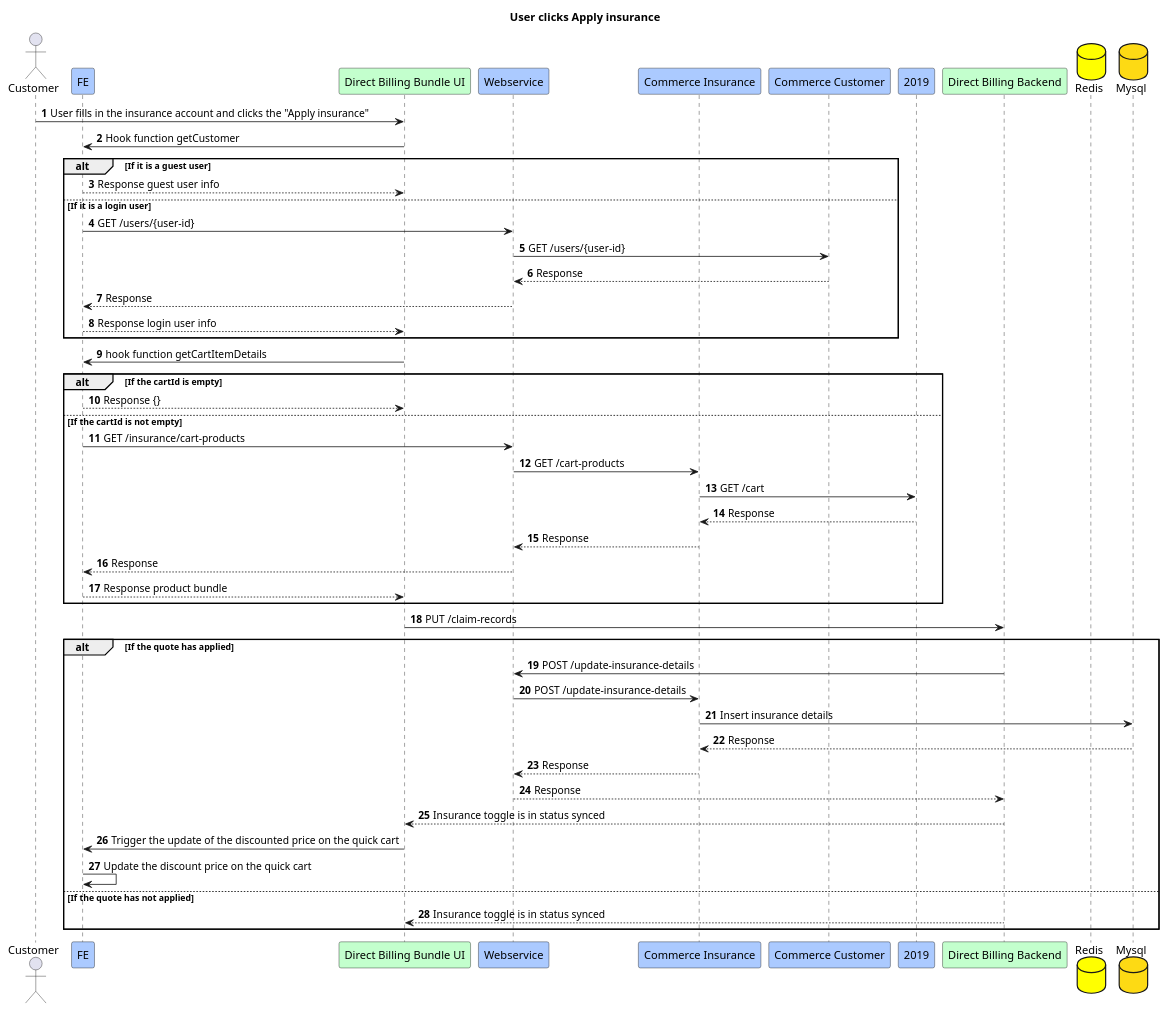
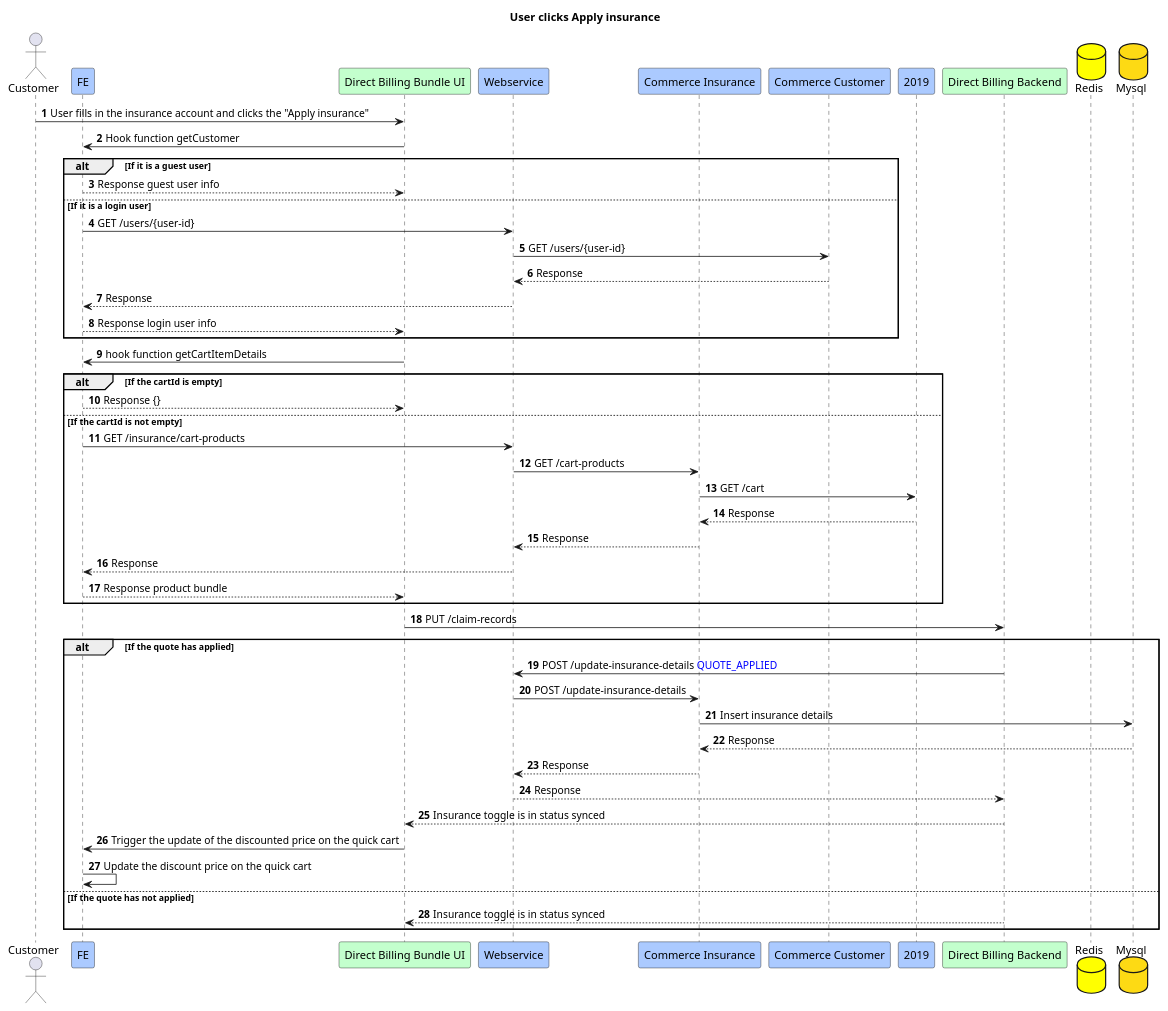
The diagram in 4.Customer clicks Apply insurance of the global header in other pages.puml (Jayounger/EyeMed-Sequence-Diagram), drawn with PlantUML before and after one commit. The commit also changed 41 other files, not shown here.

```diff
--- a/4.Customer clicks Apply insurance of the global header in other pages.puml
+++ b/4.Customer clicks Apply insurance of the global header in other pages.puml
@@ -1,56 +1,56 @@
 @startuml
 title User clicks Apply insurance
 actor Customer
 participant FE #abcaff
 participant "Direct Billing Bundle UI" #c3ffcd
 participant "Webservice" #abcaff
 participant "Commerce Insurance" #abcaff
 participant "Commerce Customer" #abcaff
 participant "2019" #abcaff
 participant "Direct Billing Backend" #c3ffcd
 database "Redis" #yellow
 database "Mysql" #fdda14
 
 autonumber
 Customer -> "Direct Billing Bundle UI":User fills in the insurance account and clicks the "Apply insurance"
 "Direct Billing Bundle UI" -> FE:Hook function getCustomer
 
 alt If it is a guest user
     FE --> "Direct Billing Bundle UI":Response guest user info
 else If it is a login user
     FE -> "Webservice":GET /users/{user-id}
     "Webservice" -> "Commerce Customer":GET /users/{user-id}
     "Commerce Customer" --> "Webservice":Response
     "Webservice" --> FE:Response
     FE --> "Direct Billing Bundle UI":Response login user info
 end
 
 "Direct Billing Bundle UI" -> FE:hook function getCartItemDetails
 alt If the cartId is empty
     FE --> "Direct Billing Bundle UI":Response {}
 else If the cartId is not empty
     FE -> "Webservice":GET /insurance/cart-products
     "Webservice" -> "Commerce Insurance":GET /cart-products
     "Commerce Insurance" -> 2019:GET /cart
     2019 --> "Commerce Insurance":Response
     "Commerce Insurance" --> "Webservice":Response
     "Webservice" --> FE:Response
     FE --> "Direct Billing Bundle UI":Response product bundle
 end
 
 "Direct Billing Bundle UI" -> "Direct Billing Backend": PUT /claim-records
 
 alt If the quote has applied
-    "Direct Billing Backend" -> "Webservice":POST /update-insurance-details
+    "Direct Billing Backend" -> "Webservice":POST /update-insurance-details <font color=blue>QUOTE_APPLIED
     "Webservice" -> "Commerce Insurance":POST /update-insurance-details
     "Commerce Insurance" -> "Mysql":Insert insurance details
     "Mysql" --> "Commerce Insurance":Response
     "Commerce Insurance" --> "Webservice":Response
     "Webservice" --> "Direct Billing Backend":Response
     "Direct Billing Backend" --> "Direct Billing Bundle UI":Insurance toggle is in status synced
     "Direct Billing Bundle UI" -> FE:Trigger the update of the discounted price on the quick cart
     FE -> FE:Update the discount price on the quick cart
 else If the quote has not applied
     "Direct Billing Backend" --> "Direct Billing Bundle UI":Insurance toggle is in status synced
 end
 @enduml
```
